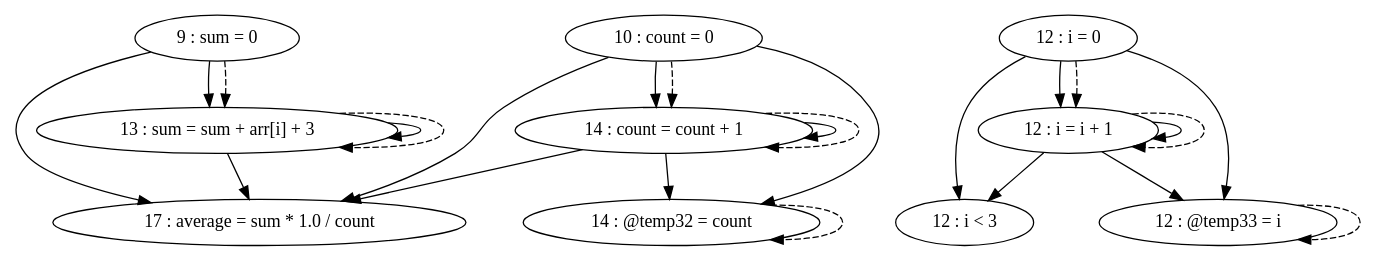
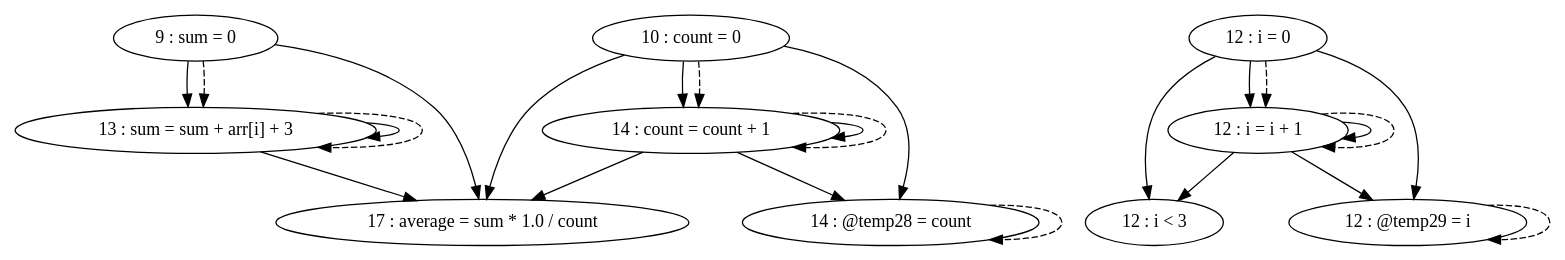
Before and after one commit to thomassimko/thesis-code-duplication: the diagram in pdg/source/testFiles/TestCases/TestCase7/TestCase7-test1.gv, drawn with Graphviz. The commit also changed 27 other files, not shown here.

```diff
--- a/pdg/source/testFiles/TestCases/TestCase7/TestCase7-test1.gv
+++ b/pdg/source/testFiles/TestCases/TestCase7/TestCase7-test1.gv
@@ -1,36 +1,36 @@
 digraph G {
 "9 : sum = 0"
+"9 : sum = 0" -> "13 : sum = sum + arr[i] + 3"
 "9 : sum = 0" -> "17 : average = sum * 1.0 / count"
-"9 : sum = 0" -> "13 : sum = sum + arr[i] + 3"
 "9 : sum = 0" -> "13 : sum = sum + arr[i] + 3" [style=dashed]
 "10 : count = 0"
+"10 : count = 0" -> "14 : @temp28 = count"
+"10 : count = 0" -> "14 : count = count + 1"
 "10 : count = 0" -> "17 : average = sum * 1.0 / count"
-"10 : count = 0" -> "14 : count = count + 1"
-"10 : count = 0" -> "14 : @temp32 = count"
 "10 : count = 0" -> "14 : count = count + 1" [style=dashed]
 "12 : i = 0"
 "12 : i = 0" -> "12 : i < 3"
+"12 : i = 0" -> "12 : @temp29 = i"
 "12 : i = 0" -> "12 : i = i + 1"
-"12 : i = 0" -> "12 : @temp33 = i"
 "12 : i = 0" -> "12 : i = i + 1" [style=dashed]
 "12 : i < 3"
 "13 : sum = sum + arr[i] + 3"
+"13 : sum = sum + arr[i] + 3" -> "13 : sum = sum + arr[i] + 3"
 "13 : sum = sum + arr[i] + 3" -> "17 : average = sum * 1.0 / count"
-"13 : sum = sum + arr[i] + 3" -> "13 : sum = sum + arr[i] + 3"
 "13 : sum = sum + arr[i] + 3" -> "13 : sum = sum + arr[i] + 3" [style=dashed]
-"14 : @temp32 = count"
-"14 : @temp32 = count" -> "14 : @temp32 = count" [style=dashed]
+"14 : @temp28 = count"
+"14 : @temp28 = count" -> "14 : @temp28 = count" [style=dashed]
 "14 : count = count + 1"
+"14 : count = count + 1" -> "14 : @temp28 = count"
+"14 : count = count + 1" -> "14 : count = count + 1"
 "14 : count = count + 1" -> "17 : average = sum * 1.0 / count"
-"14 : count = count + 1" -> "14 : count = count + 1"
-"14 : count = count + 1" -> "14 : @temp32 = count"
 "14 : count = count + 1" -> "14 : count = count + 1" [style=dashed]
-"12 : @temp33 = i"
-"12 : @temp33 = i" -> "12 : @temp33 = i" [style=dashed]
+"12 : @temp29 = i"
+"12 : @temp29 = i" -> "12 : @temp29 = i" [style=dashed]
 "12 : i = i + 1"
 "12 : i = i + 1" -> "12 : i < 3"
+"12 : i = i + 1" -> "12 : @temp29 = i"
 "12 : i = i + 1" -> "12 : i = i + 1"
-"12 : i = i + 1" -> "12 : @temp33 = i"
 "12 : i = i + 1" -> "12 : i = i + 1" [style=dashed]
 "17 : average = sum * 1.0 / count"
 }
```
